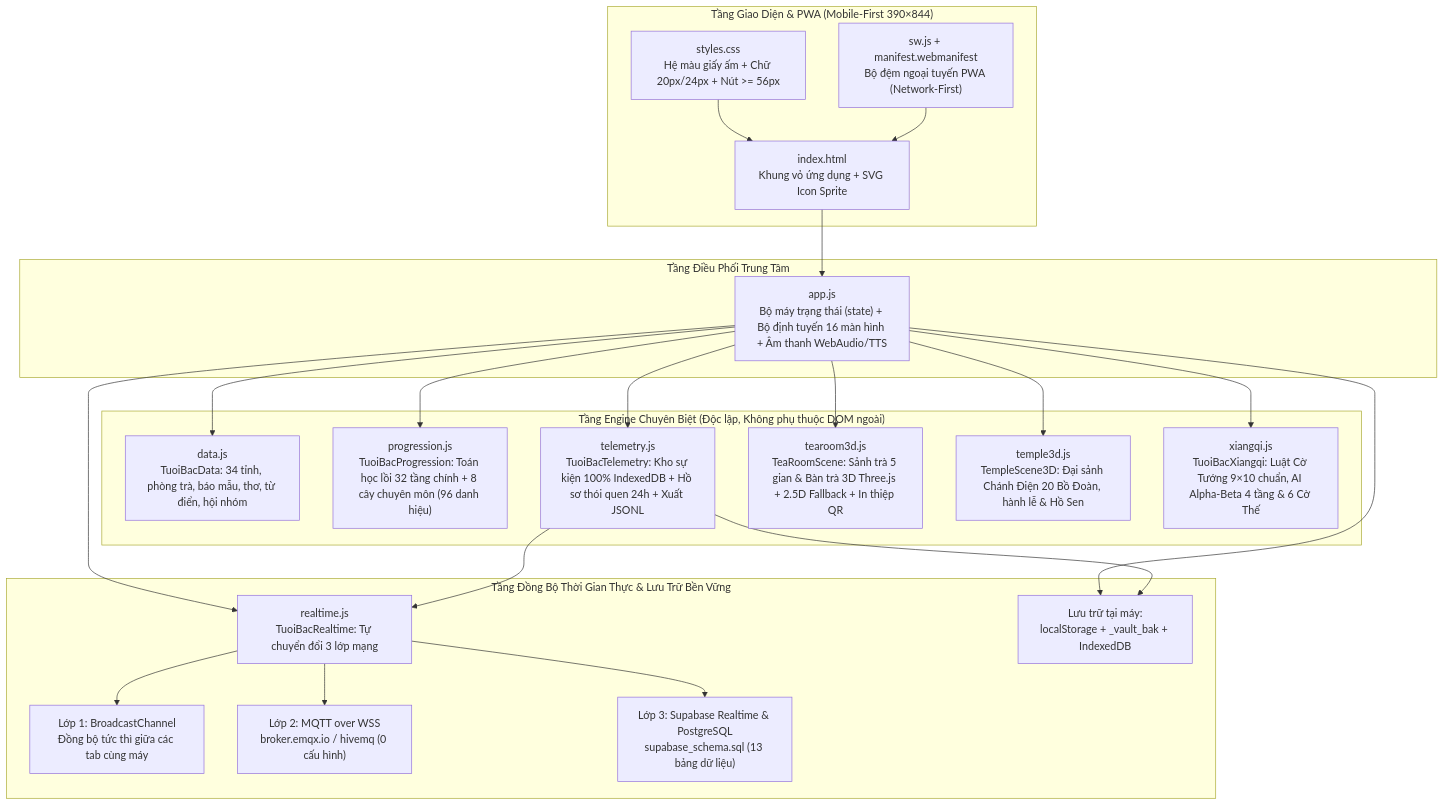
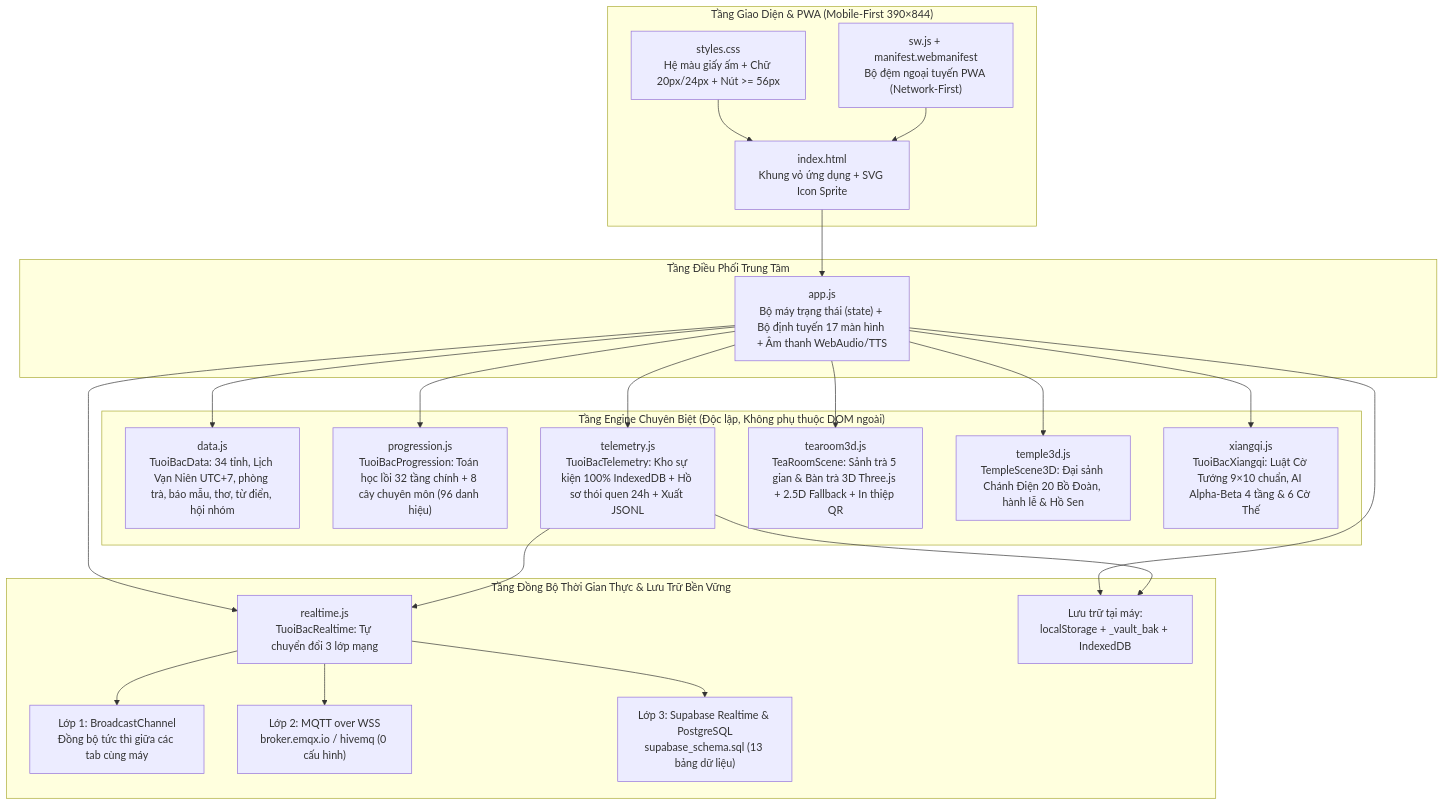
The diagram in ARCHITECTURE.md (tuoibacgroup-create/tuoibacgroup-create.github.io), drawn with Mermaid before and after one commit. The commit also changed other lines of this file and 12 other files, not shown here.

````diff
--- a/ARCHITECTURE.md
+++ b/ARCHITECTURE.md
@@ -9,46 +9,46 @@
 ```mermaid
 flowchart TD
     subgraph UI["Tầng Giao Diện & PWA (Mobile-First 390×844)"]
         HTML["index.html<br/>Khung vỏ ứng dụng + SVG Icon Sprite"]
         CSS["styles.css<br/>Hệ màu giấy ấm + Chữ 20px/24px + Nút >= 56px"]
         SW["sw.js + manifest.webmanifest<br/>Bộ đệm ngoại tuyến PWA (Network-First)"]
     end
 
     subgraph CORE["Tầng Điều Phối Trung Tâm"]
-        APP["app.js<br/>Bộ máy trạng thái (state) + Bộ định tuyến 16 màn hình + Âm thanh WebAudio/TTS"]
+        APP["app.js<br/>Bộ máy trạng thái (state) + Bộ định tuyến 17 màn hình + Âm thanh WebAudio/TTS"]
     end
 
     subgraph ENGINES["Tầng Engine Chuyên Biệt (Độc lập, Không phụ thuộc DOM ngoài)"]
-        DATA["data.js<br/>TuoiBacData: 34 tỉnh, phòng trà, báo mẫu, thơ, từ điển, hội nhóm"]
+        DATA["data.js<br/>TuoiBacData: 34 tỉnh, Lịch Vạn Niên UTC+7, phòng trà, báo mẫu, thơ, từ điển, hội nhóm"]
         PROG["progression.js<br/>TuoiBacProgression: Toán học lồi 32 tầng chính + 8 cây chuyên môn (96 danh hiệu)"]
         TEL["telemetry.js<br/>TuoiBacTelemetry: Kho sự kiện 100% IndexedDB + Hồ sơ thói quen 24h + Xuất JSONL"]
         TEA3D["tearoom3d.js<br/>TeaRoomScene: Sảnh trà 5 gian & Bàn trà 3D Three.js + 2.5D Fallback + In thiệp QR"]
         TMP3D["temple3d.js<br/>TempleScene3D: Đại sảnh Chánh Điện 20 Bồ Đoàn, hành lễ &amp; Hồ Sen"]
         XQ["xiangqi.js<br/>TuoiBacXiangqi: Luật Cờ Tướng 9×10 chuẩn, AI Alpha-Beta 4 tầng & 6 Cờ Thế"]
     end
 
     subgraph NET["Tầng Đồng Bộ Thời Gian Thực & Lưu Trữ Bền Vững"]
         RT["realtime.js<br/>TuoiBacRealtime: Tự chuyển đổi 3 lớp mạng"]
         BC["Lớp 1: BroadcastChannel<br/>Đồng bộ tức thì giữa các tab cùng máy"]
         MQTT["Lớp 2: MQTT over WSS<br/>broker.emqx.io / hivemq (0 cấu hình)"]
         SB["Lớp 3: Supabase Realtime & PostgreSQL<br/>supabase_schema.sql (13 bảng dữ liệu)"]
         IDB["Lưu trữ tại máy:<br/>localStorage + _vault_bak + IndexedDB"]
     end
 
     HTML --> APP
     CSS --> HTML
     SW --> HTML
     APP --> DATA
     APP --> PROG
     APP --> TEL
     APP --> TEA3D
     APP --> TMP3D
     APP --> XQ
     APP --> RT
     APP --> IDB
     TEL --> IDB
     TEL --> RT
     RT --> BC
     RT --> MQTT
     RT --> SB
 ```
````
